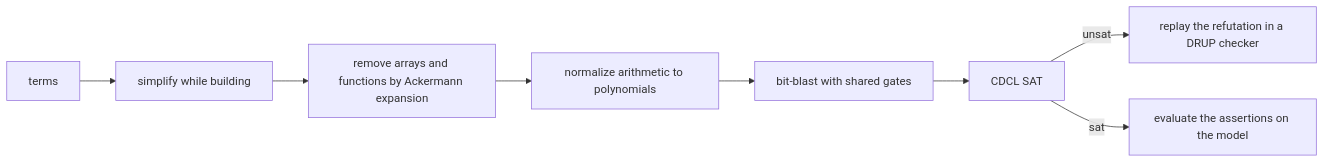
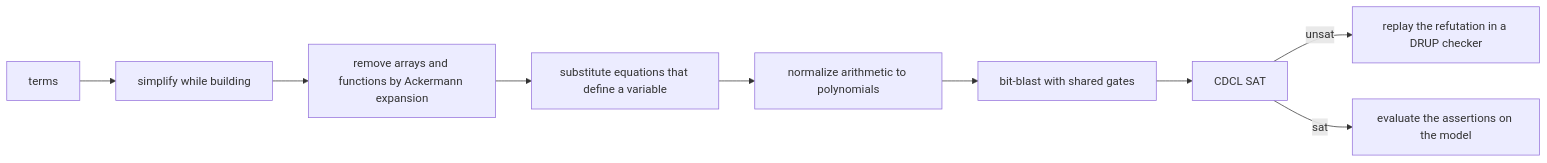
The second of 2 diagrams in docs/proofs.md (The-Mettle-Project/Mettle), drawn with Mermaid before and after one commit. The commit also changed other lines of this file and 11 other files, not shown here.

First line of the commit message:
Add loop invariants and substitute defining equations in the solver

````diff
--- a/docs/proofs.md
+++ b/docs/proofs.md
@@ -194,10 +224,11 @@
 ```mermaid
 flowchart LR
   T[terms] --> S[simplify while building]
   S --> A[remove arrays and functions by Ackermann expansion]
-  A --> N[normalize arithmetic to polynomials]
+  A --> E[substitute equations that define a variable]
+  E --> N[normalize arithmetic to polynomials]
   N --> B[bit-blast with shared gates]
   B --> C[CDCL SAT]
   C -- unsat --> P[replay the refutation in a DRUP checker]
   C -- sat --> V[evaluate the assertions on the model]
 ```
````
